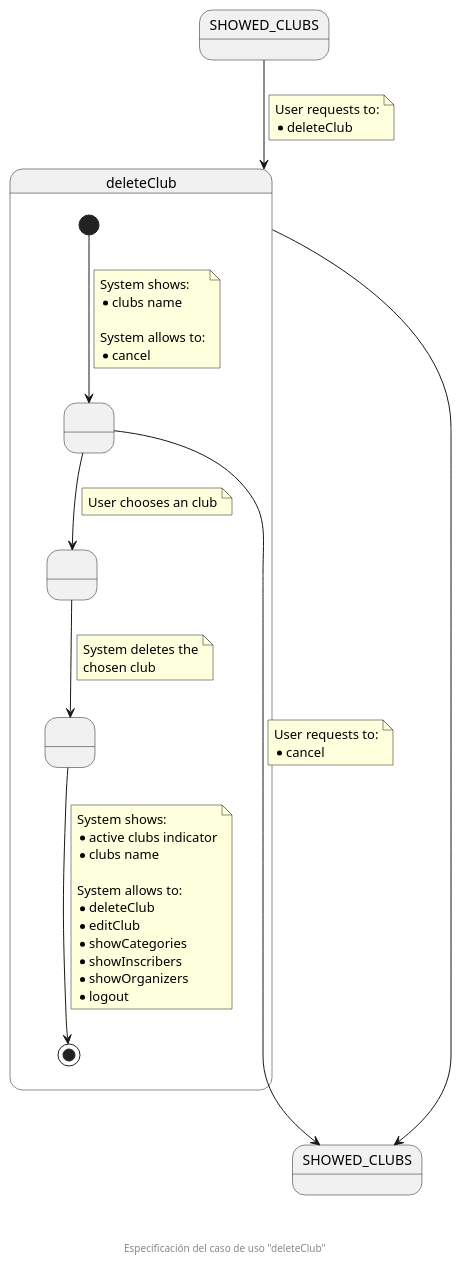
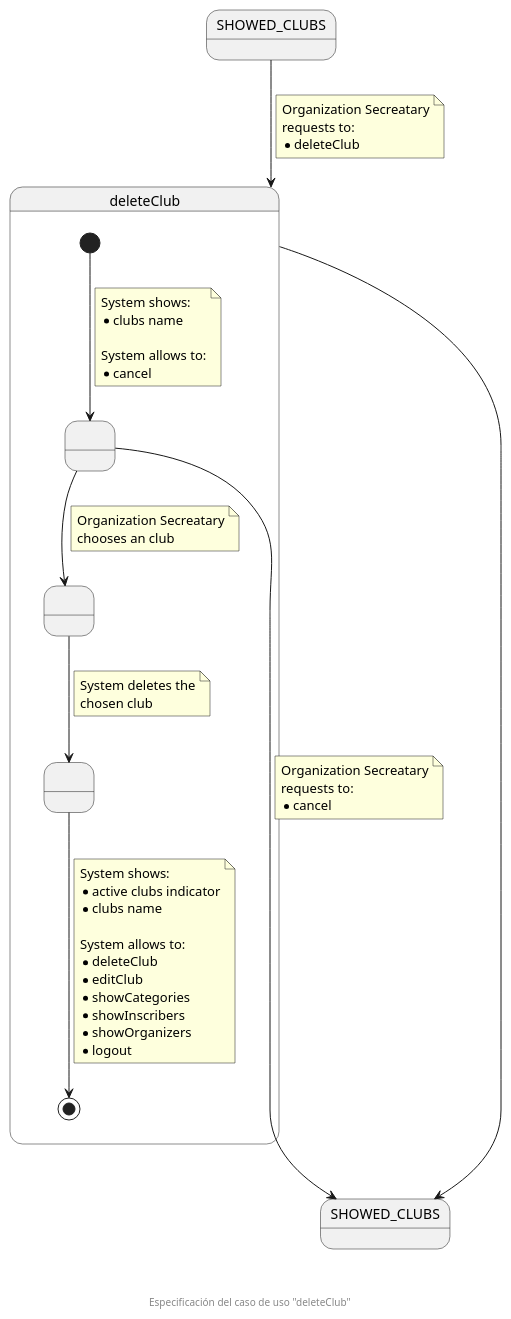
One commit to zuldare/mastercloud_pfm_halterocms changed the diagram in documentation/diagrams/1_requirements/3_useCasesSpecification/organizationSecretary/05_deleteClub.puml. Above: the diagram before and after it, drawn with PlantUML. The commit also changed 11 other files, not shown here.

Commit message:
docs: improve use cases specification diagrams

```diff
--- a/documentation/diagrams/1_requirements/3_useCasesSpecification/organizationSecretary/05_deleteClub.puml
+++ b/documentation/diagrams/1_requirements/3_useCasesSpecification/organizationSecretary/05_deleteClub.puml
@@ -1,60 +1,63 @@
 @startuml
 state SHOWED_CLUBS
 state "SHOWED_CLUBS" as SHOWED_CLUBS_F
 state deleteClub {
   state " " as SHOWED_CLUBS_TO_BE_DELETED
   state " " as CHOSEN_CLUB
   state " " as CLUB_DELETED
 
   [*] --> SHOWED_CLUBS_TO_BE_DELETED
   note on link
     System shows:
     * clubs name
 
     System allows to:
     * cancel
   end note
   
   SHOWED_CLUBS_TO_BE_DELETED --> CHOSEN_CLUB
   note on link
-    User chooses an club
+    Organization Secreatary
+    chooses an club
   end note
 
   SHOWED_CLUBS_TO_BE_DELETED -down-> SHOWED_CLUBS_F
   note on link
-    User requests to:
+    Organization Secreatary
+    requests to:
     * cancel
   end note
 
   CHOSEN_CLUB --> CLUB_DELETED
   note on link
     System deletes the
     chosen club
   end note
 
   CLUB_DELETED --> [*]
   note on link
     System shows:
     * active clubs indicator
     * clubs name
 
     System allows to:
     * deleteClub
     * editClub
     * showCategories
     * showInscribers
     * showOrganizers
     * logout
   end note
 }
 
 SHOWED_CLUBS --> deleteClub
 note on link
-  User requests to:
+  Organization Secreatary
+  requests to:
   * deleteClub
 end note
 
 deleteClub ------> SHOWED_CLUBS_F
 
 footer \n\n\n Especificación del caso de uso "deleteClub"
 @enduml
```
